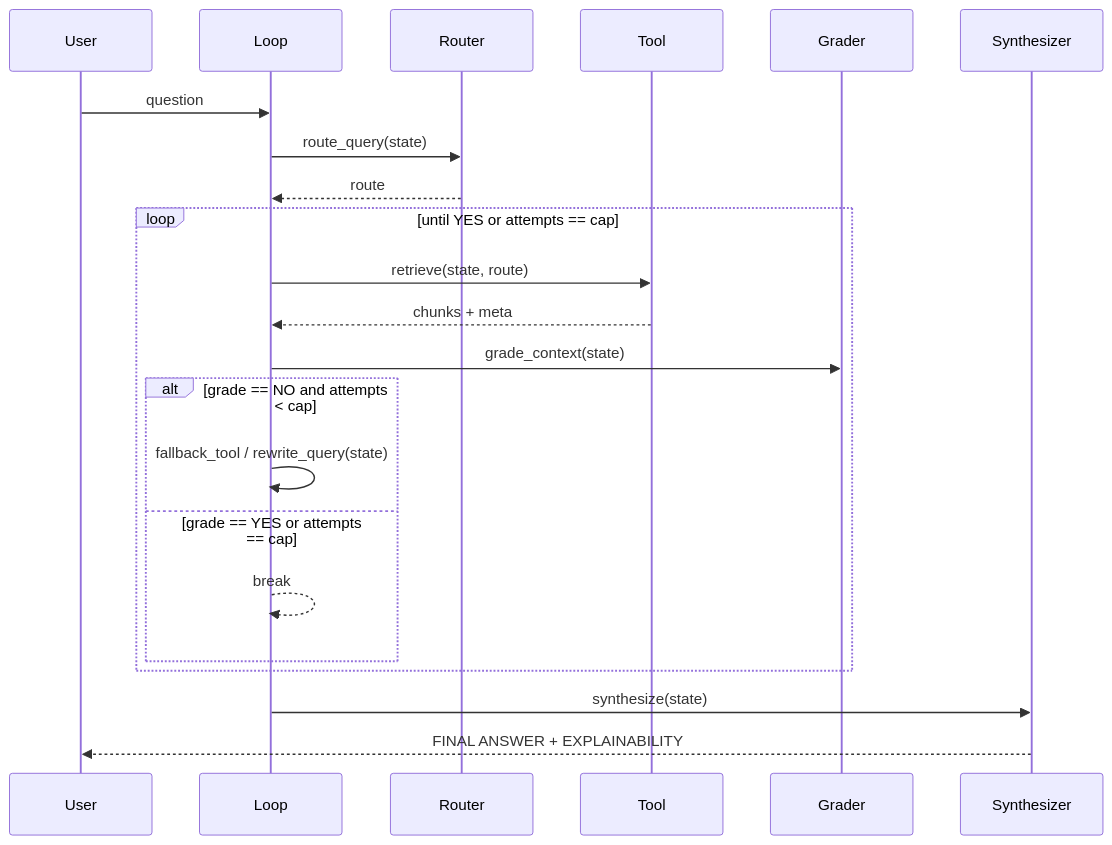
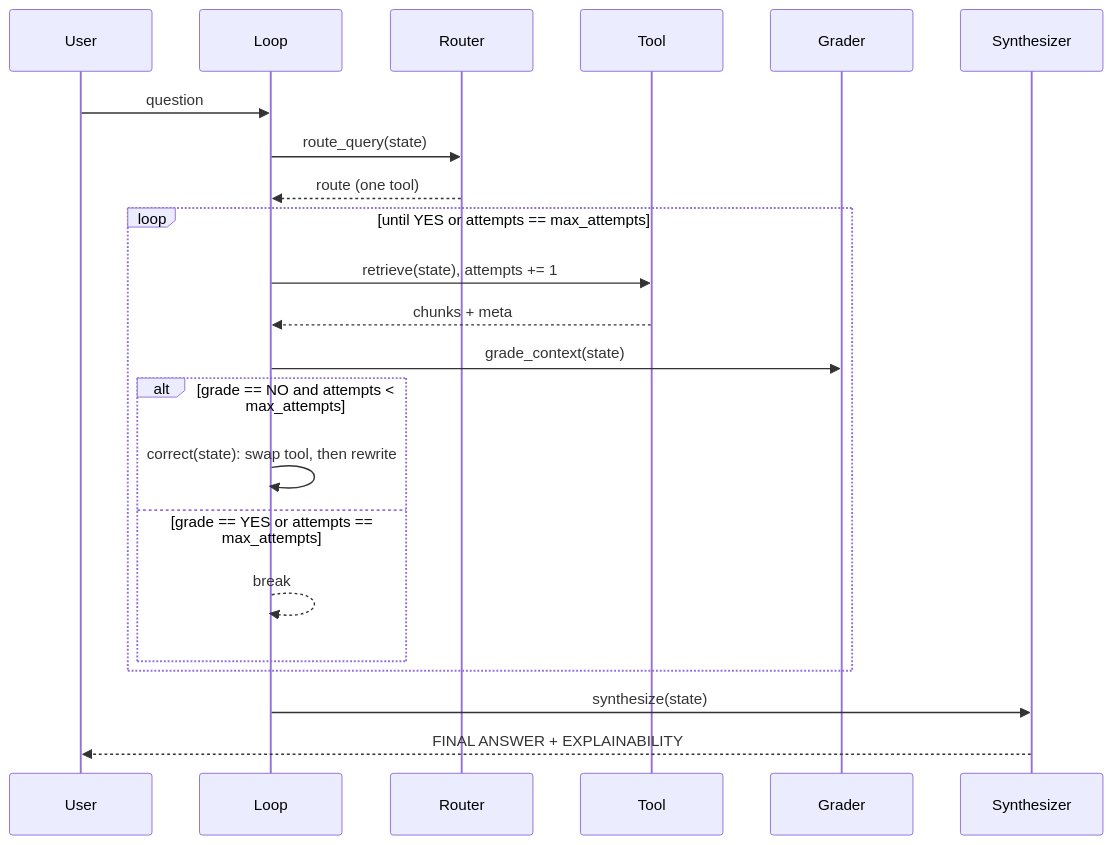
One commit to CogKnowEdge-Solutions/Context-Memory-Layer changed the third of 4 diagrams in RAG-Labs/section-7-capstone/lab-11-agentic-research-assistant/00-overview-architecture.md. Above: the diagram before and after it, drawn with Mermaid. The commit also changed other lines of this file and 80 other files, not shown here.

````diff
--- a/RAG-Labs/section-7-capstone/lab-11-agentic-research-assistant/00-overview-architecture.md
+++ b/RAG-Labs/section-7-capstone/lab-11-agentic-research-assistant/00-overview-architecture.md
@@ -155,24 +254,24 @@
 ```mermaid
 sequenceDiagram
     participant U as User
     participant L as Loop
     participant R as Router
     participant T as Tool
     participant G as Grader
     participant S as Synthesizer
     U->>L: question
     L->>R: route_query(state)
-    R-->>L: route
-    loop until YES or attempts == cap
-        L->>T: retrieve(state, route)
+    R-->>L: route (one tool)
+    loop until YES or attempts == max_attempts
+        L->>T: retrieve(state), attempts += 1
         T-->>L: chunks + meta
         L->>G: grade_context(state)
-        alt grade == NO and attempts < cap
-            L->>L: fallback_tool / rewrite_query(state)
-        else grade == YES or attempts == cap
+        alt grade == NO and attempts < max_attempts
+            L->>L: correct(state): swap tool, then rewrite
+        else grade == YES or attempts == max_attempts
             L-->>L: break
         end
     end
     L->>S: synthesize(state)
     S-->>U: FINAL ANSWER + EXPLAINABILITY
 ```
````
